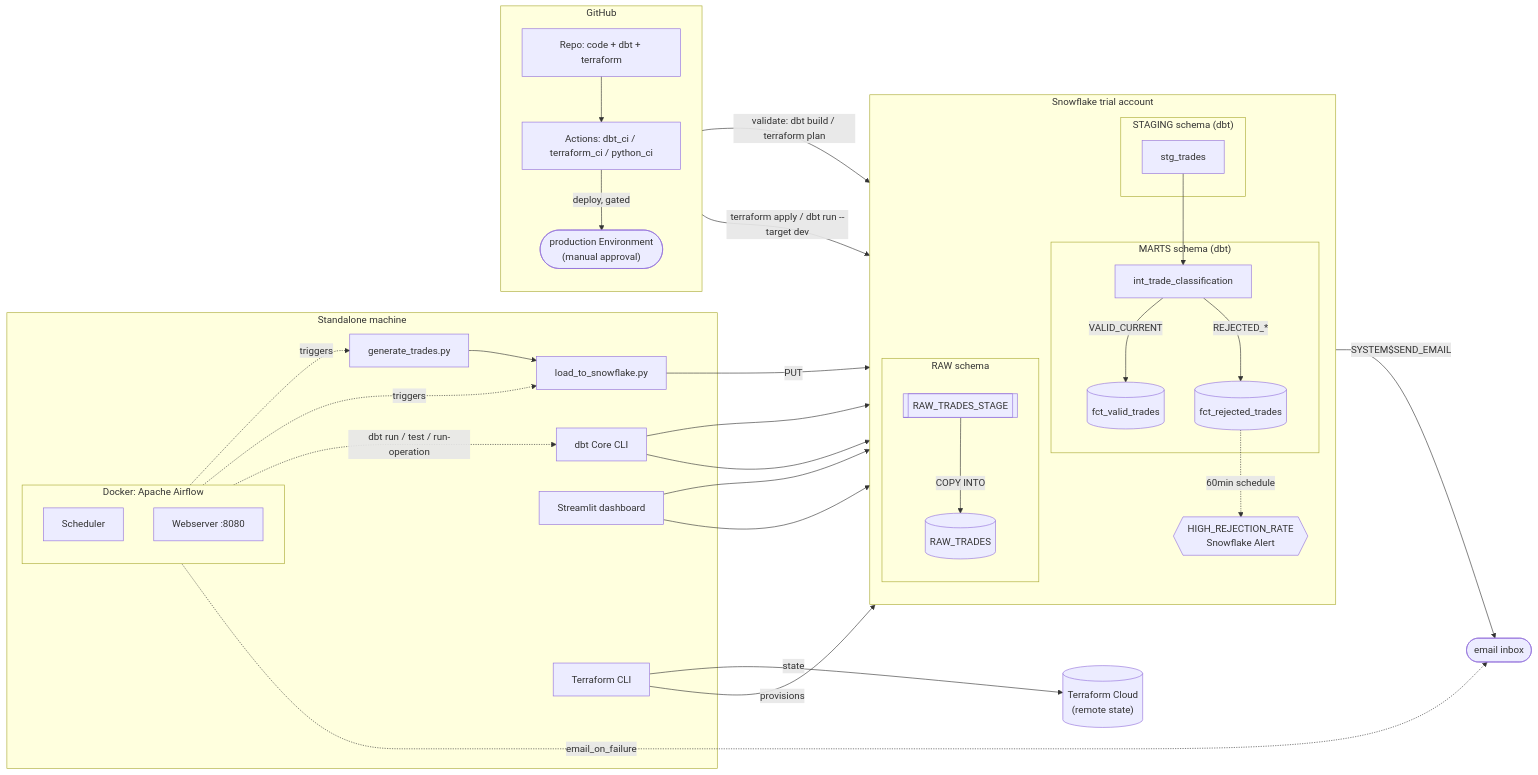
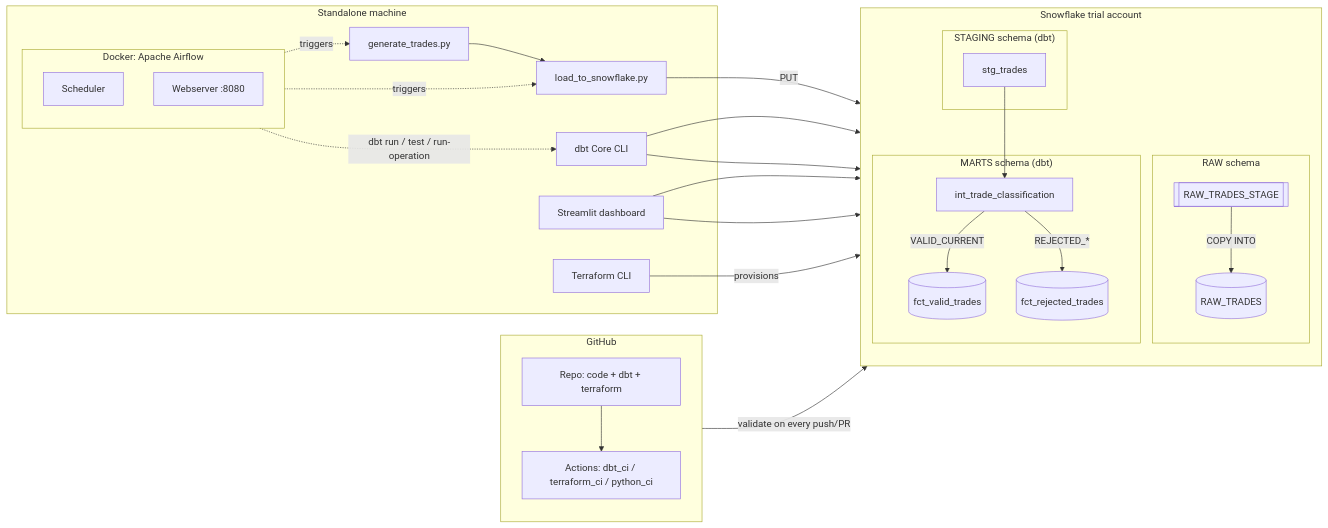
One commit to ramanjaneyulu73/trade-etl-case-study changed the diagram in README.md. Above: the diagram before and after it, drawn with Mermaid. The commit also changed other lines of this file and 3 other files, not shown here.

````diff
--- a/README.md
+++ b/README.md
@@ -28,66 +28,54 @@
 ```mermaid
 flowchart LR
     subgraph LOCAL["Standalone machine"]
         Gen["generate_trades.py"]
         Load["load_to_snowflake.py"]
         DbtCli["dbt Core CLI"]
         Dash["Streamlit dashboard"]
         TF["Terraform CLI"]
         subgraph AF["Docker: Apache Airflow"]
             direction TB
             Sched["Scheduler"]
             Web["Webserver :8080"]
         end
     end
 
-    TFC[("Terraform Cloud\n(remote state)")]
-
     subgraph SF["Snowflake trial account"]
         direction TB
         subgraph RAWS["RAW schema"]
             Stage[["RAW_TRADES_STAGE"]]
             RawTable[("RAW_TRADES")]
         end
         subgraph STGS["STAGING schema (dbt)"]
             StgView["stg_trades"]
         end
         subgraph MARTS["MARTS schema (dbt)"]
             Classify["int_trade_classification"]
             Valid[("fct_valid_trades")]
             Rejected[("fct_rejected_trades")]
         end
-        Alert{{"HIGH_REJECTION_RATE\nSnowflake Alert"}}
     end
-
-    Inbox(["email inbox"])
 
     subgraph GH["GitHub"]
         direction TB
         Repo["Repo: code + dbt + terraform"]
         CI["Actions: dbt_ci / terraform_ci / python_ci"]
-        Env(["production Environment\n(manual approval)"])
     end
 
     Gen --> Load
     Load -- "PUT" --> Stage
     Stage -- "COPY INTO" --> RawTable
     Sched -. triggers .-> Gen
     Sched -. triggers .-> Load
     Sched -. "dbt run / test / run-operation" .-> DbtCli
     DbtCli --> RawTable
     DbtCli --> StgView
     StgView --> Classify
     Classify -- "VALID_CURRENT" --> Valid
     Classify -- "REJECTED_*" --> Rejected
-    Rejected -. "60min schedule" .-> Alert
-    Alert -- "SYSTEM$SEND_EMAIL" --> Inbox
-    Web -. "email_on_failure" .-> Inbox
     Dash --> Valid
     Dash --> Rejected
-    TF -- "state" --> TFC
     TF -- provisions --> SF
     Repo --> CI
-    CI -- "validate: dbt build / terraform plan" --> SF
-    CI -- "deploy, gated" --> Env
-    Env -- "terraform apply / dbt run --target dev" --> SF
+    CI -- "validate on every push/PR" --> SF
 ```
````
